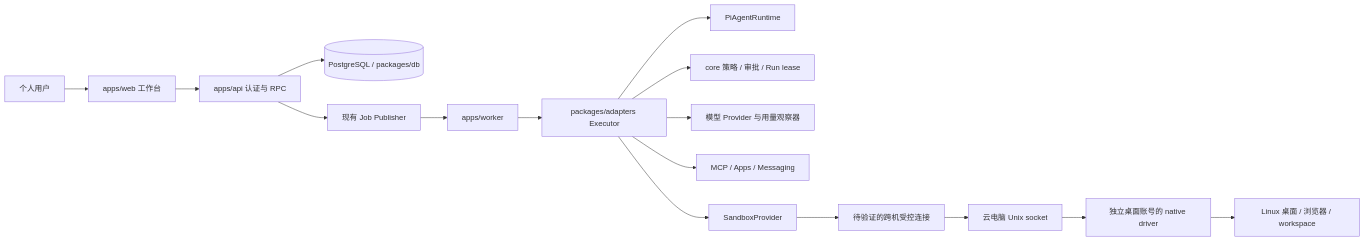
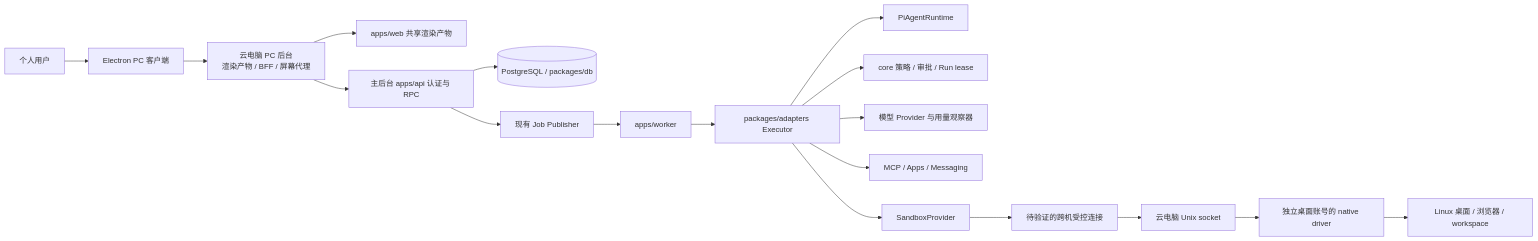
The first of 2 diagrams in docs/project-architecture.md (zxl3305479573-max/Sydney-personal-agent), drawn with Mermaid before and after one commit. The commit also changed other lines of this file and 96 other files, not shown here.

````diff
--- a/docs/project-architecture.md
+++ b/docs/project-architecture.md
@@ -19,18 +19,20 @@
 ```mermaid
 flowchart LR
-  User[个人用户] --> Web[apps/web 工作台]
-  Web --> API[apps/api 认证与 RPC]
+  User[个人用户] --> PC[Electron PC 客户端]
+  PC --> PCBackend[云电脑 PC 后台<br/>渲染产物 / BFF / 屏幕代理]
+  PCBackend --> Renderer[apps/web 共享渲染产物]
+  PCBackend --> API[主后台 apps/api 认证与 RPC]
   API --> DB[(PostgreSQL / packages/db)]
   API --> Jobs[现有 Job Publisher]
   Jobs --> Worker[apps/worker]
   Worker --> Executor[packages/adapters Executor]
   Executor --> Pi[PiAgentRuntime]
   Executor --> Policy[core 策略 / 审批 / Run lease]
   Executor --> Model[模型 Provider 与用量观察器]
   Executor --> Connectors[MCP / Apps / Messaging]
   Executor --> Sandbox[SandboxProvider]
   Sandbox --> Link[待验证的跨机受控连接]
   Link --> Socket[云电脑 Unix socket]
   Socket --> Driver[独立桌面账号的 native driver]
   Driver --> Desktop[Linux 桌面 / 浏览器 / workspace]
 ```
````
